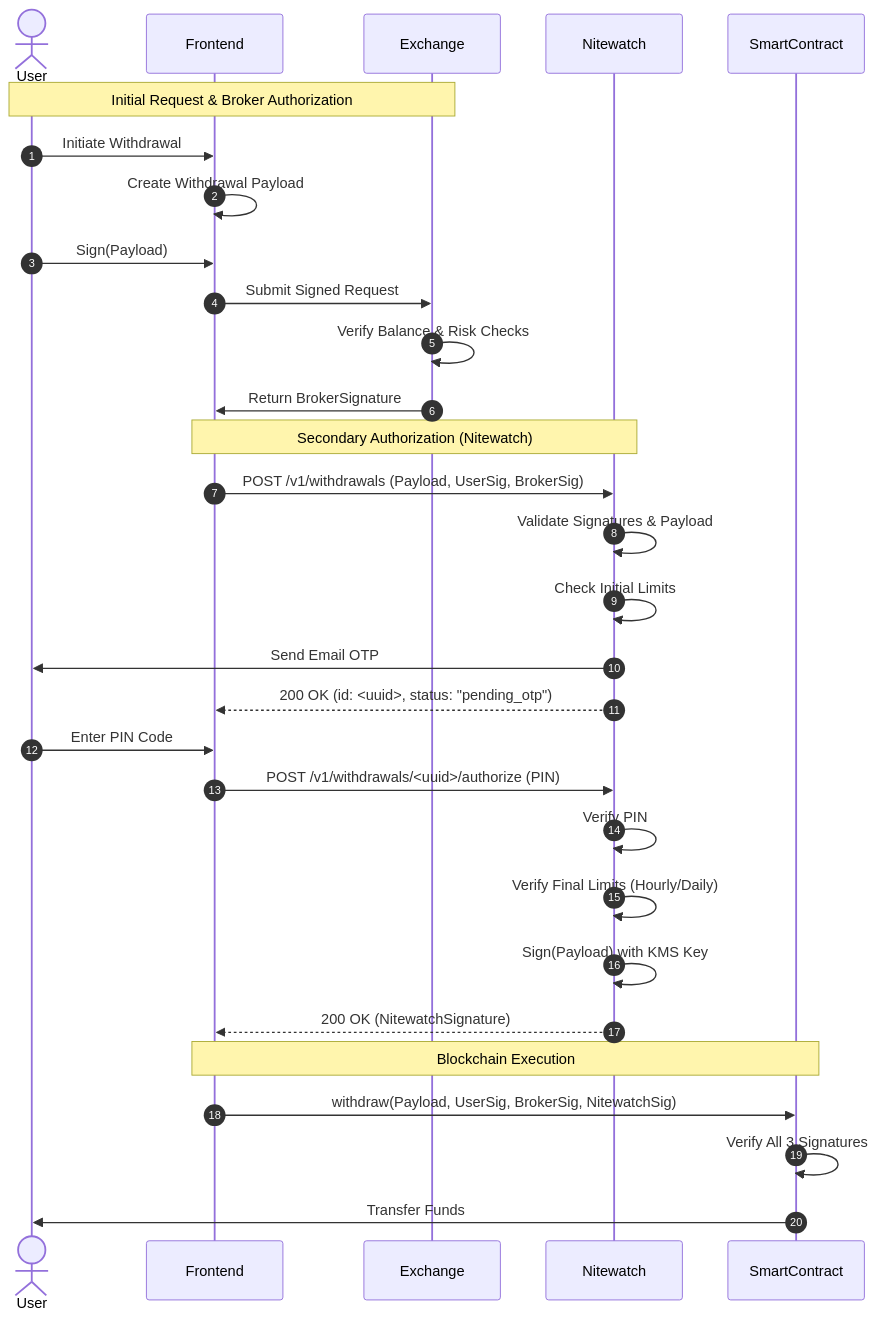
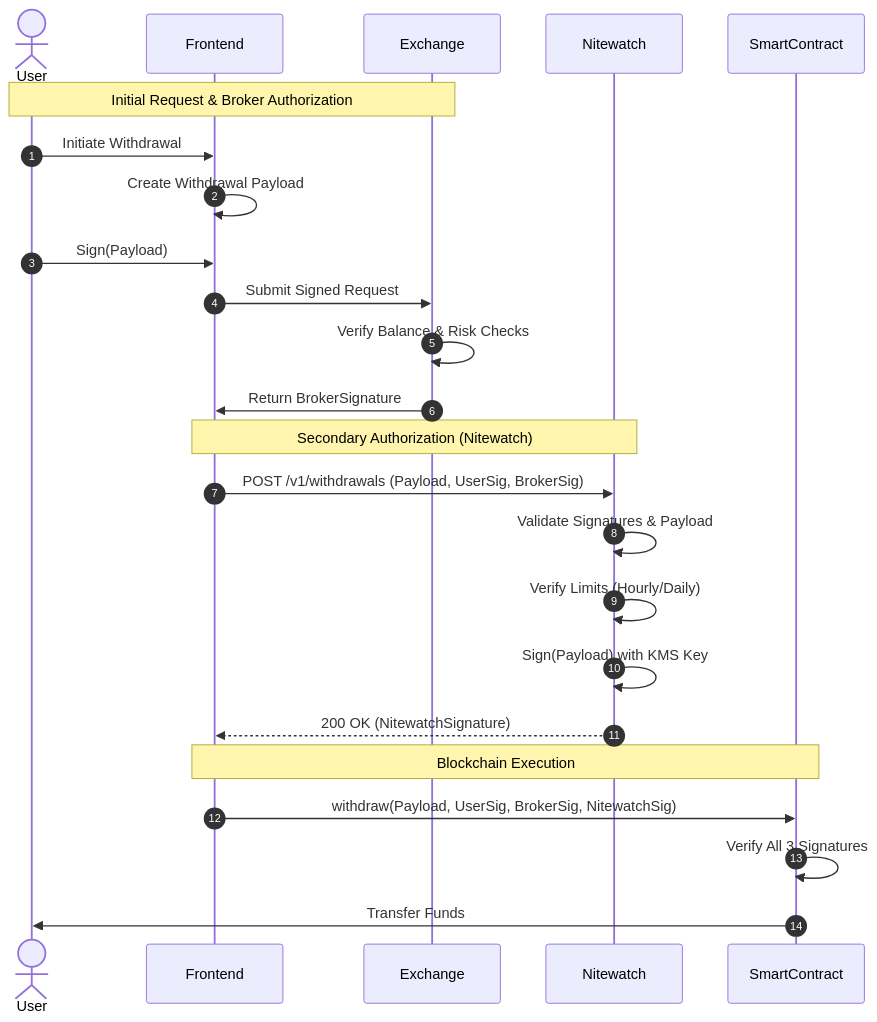
The diagram in README.md (layer-3/nitewatch), drawn with Mermaid before and after one commit. The commit also changed other lines of this file and 5 other files, not shown here.

````diff
--- a/README.md
+++ b/README.md
@@ -31,36 +31,29 @@
 ```mermaid
 sequenceDiagram
     autonumber
     actor User
     participant Frontend
     participant Exchange
     participant Nitewatch
     participant SmartContract
 
     Note over User, Exchange: Initial Request & Broker Authorization
     User->>Frontend: Initiate Withdrawal
     Frontend->>Frontend: Create Withdrawal Payload
     User->>Frontend: Sign(Payload)
     Frontend->>Exchange: Submit Signed Request
     Exchange->>Exchange: Verify Balance & Risk Checks
     Exchange->>Frontend: Return BrokerSignature
 
     Note over Frontend, Nitewatch: Secondary Authorization (Nitewatch)
     Frontend->>Nitewatch: POST /v1/withdrawals (Payload, UserSig, BrokerSig)
     Nitewatch->>Nitewatch: Validate Signatures & Payload
-    Nitewatch->>Nitewatch: Check Initial Limits
-    Nitewatch->>User: Send Email OTP
-    Nitewatch-->>Frontend: 200 OK (id: <uuid>, status: "pending_otp")
-
-    User->>Frontend: Enter PIN Code
-    Frontend->>Nitewatch: POST /v1/withdrawals/<uuid>/authorize (PIN)
-    Nitewatch->>Nitewatch: Verify PIN
-    Nitewatch->>Nitewatch: Verify Final Limits (Hourly/Daily)
+    Nitewatch->>Nitewatch: Verify Limits (Hourly/Daily)
     Nitewatch->>Nitewatch: Sign(Payload) with KMS Key
     Nitewatch-->>Frontend: 200 OK (NitewatchSignature)
 
     Note over Frontend, SmartContract: Blockchain Execution
     Frontend->>SmartContract: withdraw(Payload, UserSig, BrokerSig, NitewatchSig)
     SmartContract->>SmartContract: Verify All 3 Signatures
     SmartContract->>User: Transfer Funds
 ```
````
